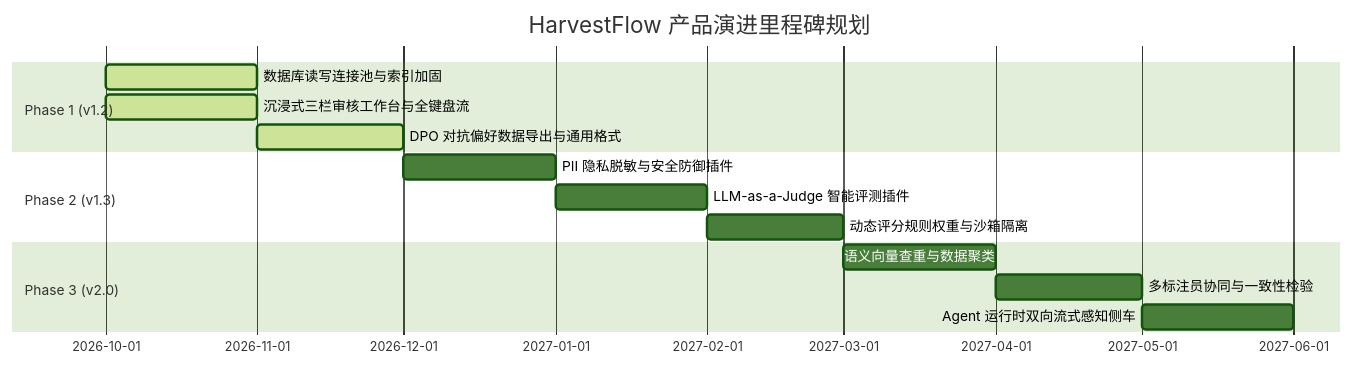
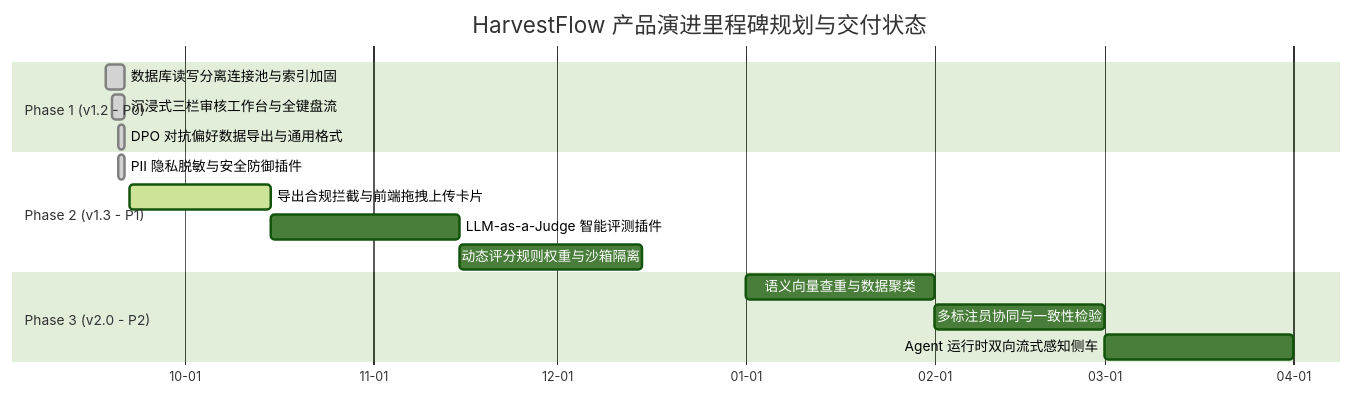
The third of 3 diagrams in docs/product_research_and_plan.md (mcocdaa/HarvestFlow), drawn with Mermaid (forest theme) before and after one commit. The commit also changed other lines of this file and 1 other file, not shown here.

First line of the commit message:
docs & chore: update product roadmap and set dependabot to monthly (#61)

````diff
--- a/docs/product_research_and_plan.md
+++ b/docs/product_research_and_plan.md
@@ -519,17 +521,19 @@
 ```mermaid
 gantt
-    title HarvestFlow 产品演进里程碑规划
-    dateFormat  YYYY-MM
-    section Phase 1 (v1.2)
-    数据库读写连接池与索引加固       :active, p1_1, 2026-10, 2026-11
-    沉浸式三栏审核工作台与全键盘流   :active, p1_2, 2026-10, 2026-11
-    DPO 对抗偏好数据导出与通用格式   :active, p1_3, 2026-11, 2026-12
-    section Phase 2 (v1.3)
-    PII 隐私脱敏与安全防御插件       :p2_1, 2026-12, 2027-01
-    LLM-as-a-Judge 智能评测插件      :p2_2, 2027-01, 2027-02
-    动态评分规则权重与沙箱隔离       :p2_3, 2027-02, 2027-03
-    section Phase 3 (v2.0)
-    语义向量查重与数据聚类           :p3_1, 2027-03, 2027-04
-    多标注员协同与一致性检验         :p3_2, 2027-04, 2027-05
-    Agent 运行时双向流式感知侧车      :p3_3, 2027-05, 2027-06
+    title HarvestFlow 产品演进里程碑规划与交付状态
+    dateFormat  YYYY-MM-DD
+    axisFormat  %m-%d
+    section Phase 1 (v1.2 - P0)
+    数据库读写分离连接池与索引加固   :done, p1_1, 2026-09-18, 2026-09-21
+    沉浸式三栏审核工作台与全键盘流   :done, p1_2, 2026-09-19, 2026-09-21
+    DPO 对抗偏好数据导出与通用格式   :done, p1_3, 2026-09-20, 2026-09-21
+    section Phase 2 (v1.3 - P1)
+    PII 隐私脱敏与安全防御插件       :done, p2_1, 2026-09-20, 2026-09-21
+    导出合规拦截与前端拖拽上传卡片   :active, p2_2, 2026-09-22, 2026-10-15
+    LLM-as-a-Judge 智能评测插件      :p2_3, 2026-10-15, 2026-11-15
+    动态评分规则权重与沙箱隔离       :p2_4, 2026-11-15, 2026-12-15
+    section Phase 3 (v2.0 - P2)
+    语义向量查重与数据聚类           :p3_1, 2027-01-01, 2027-02-01
+    多标注员协同与一致性检验         :p3_2, 2027-02-01, 2027-03-01
+    Agent 运行时双向流式感知侧车      :p3_3, 2027-03-01, 2027-04-01
 ```
````
